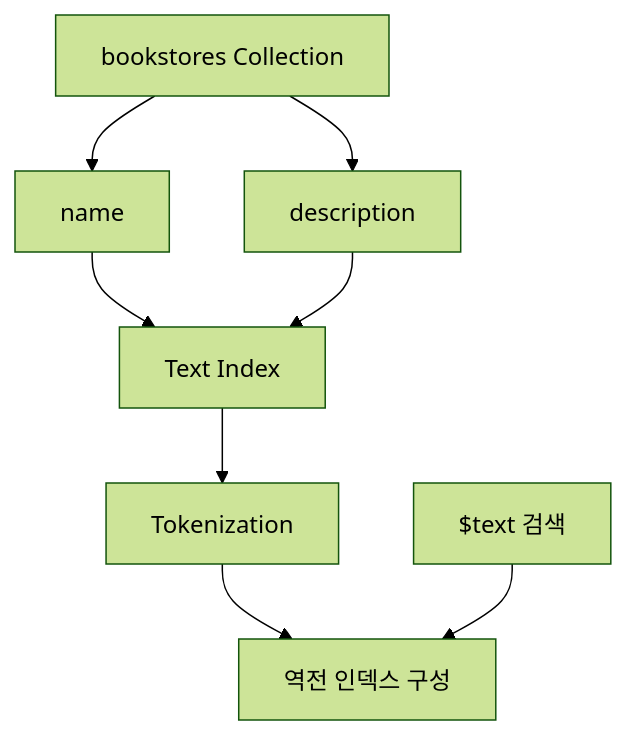
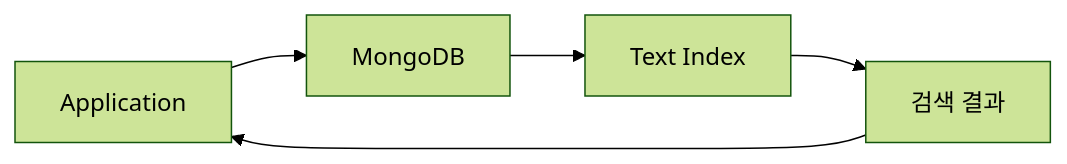
The seventh of 12 diagrams in _posts/study/smart-learning-ent/nosql-mongodb-easy-for-anyone-to-learn/2026-11-12-text-search-and-utilizing-indexes.md (ysiksik/ysiksik.github.io), drawn with Mermaid (forest theme) before and after one commit. The commit also changed other lines of this file, not shown here.

````diff
--- a/_posts/study/smart-learning-ent/nosql-mongodb-easy-for-anyone-to-learn/2026-11-12-text-search-and-utilizing-indexes.md
+++ b/_posts/study/smart-learning-ent/nosql-mongodb-easy-for-anyone-to-learn/2026-11-12-text-search-and-utilizing-indexes.md
@@ -1091,25 +1092,12 @@
 ```mermaid
-flowchart TD
-    A["bookstores Collection"]
-
-    B["name"]
-    C["description"]
-
-    D["Text Index"]
-
-    E["Tokenization"]
-    F["역전 인덱스 구성"]
-
-    G["$text 검색"]
+flowchart LR
+    A["Application"]
+    B["MongoDB"]
+    C["Text Index"]
+    D["검색 결과"]
 
     A --> B
-    A --> C
-
-    B --> D
+    B --> C
     C --> D
-
-    D --> E
-    E --> F
-
-    G --> F
+    D --> A
 ```
````
